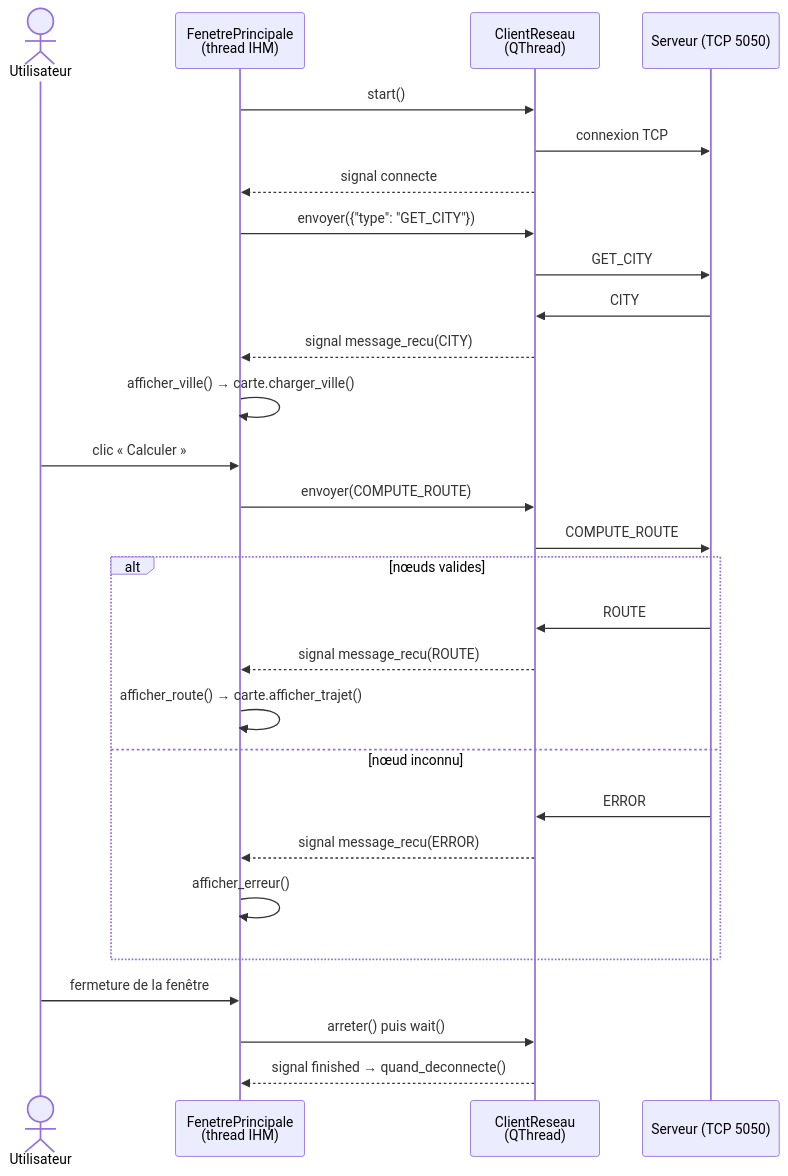
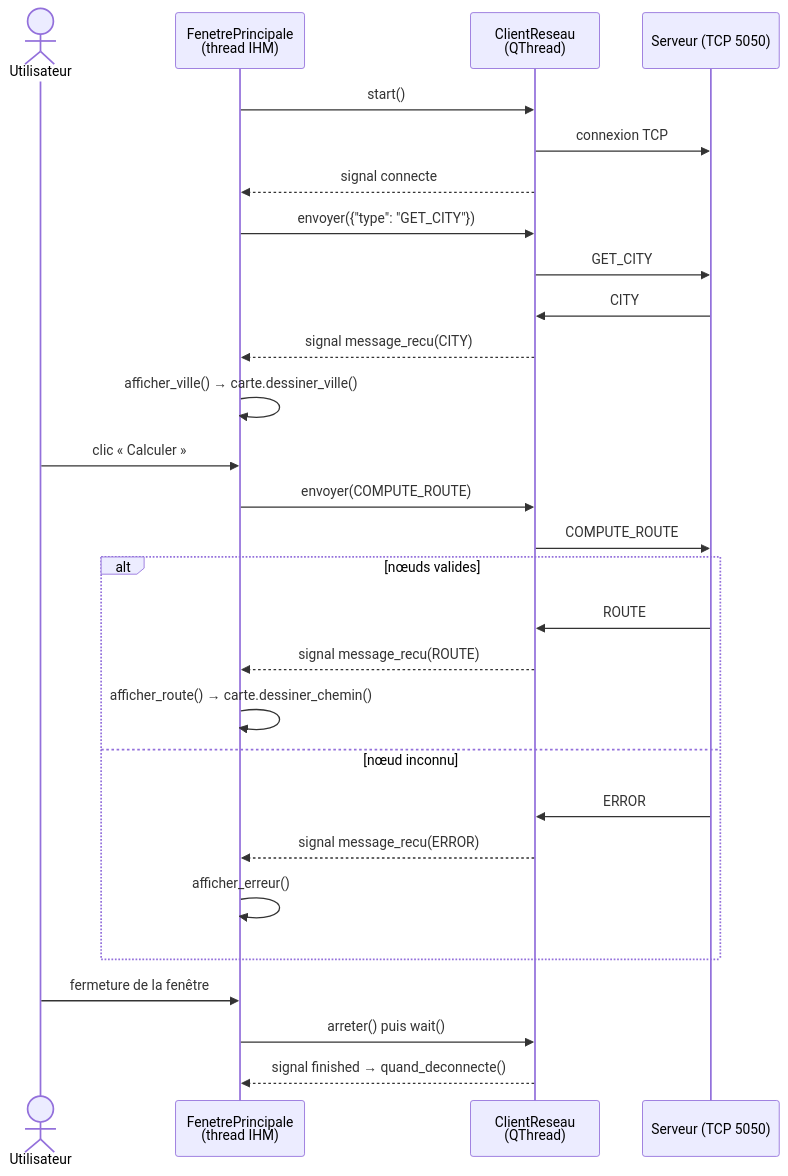
Before and after one commit to youssefjabrane9/SAE-3.02-Tampere-Emergency: the second of 2 diagrams in docs/uml_client.md, drawn with Mermaid. The commit also changed other lines of this file and 10 other files, not shown here.

````diff
--- a/docs/uml_client.md
+++ b/docs/uml_client.md
@@ -89,33 +89,33 @@
 ```mermaid
 sequenceDiagram
     actor U as Utilisateur
     participant F as FenetrePrincipale<br/>(thread IHM)
     participant R as ClientReseau<br/>(QThread)
     participant S as Serveur (TCP 5050)
 
     F->>R: start()
     R->>S: connexion TCP
     R-->>F: signal connecte
     F->>R: envoyer({"type": "GET_CITY"})
     R->>S: GET_CITY
     S->>R: CITY
     R-->>F: signal message_recu(CITY)
-    F->>F: afficher_ville() → carte.charger_ville()
+    F->>F: afficher_ville() → carte.dessiner_ville()
 
     U->>F: clic « Calculer »
     F->>R: envoyer(COMPUTE_ROUTE)
     R->>S: COMPUTE_ROUTE
     alt nœuds valides
         S->>R: ROUTE
         R-->>F: signal message_recu(ROUTE)
-        F->>F: afficher_route() → carte.afficher_trajet()
+        F->>F: afficher_route() → carte.dessiner_chemin()
     else nœud inconnu
         S->>R: ERROR
         R-->>F: signal message_recu(ERROR)
         F->>F: afficher_erreur()
     end
 
     U->>F: fermeture de la fenêtre
     F->>R: arreter() puis wait()
     R-->>F: signal finished → quand_deconnecte()
 ```
````
